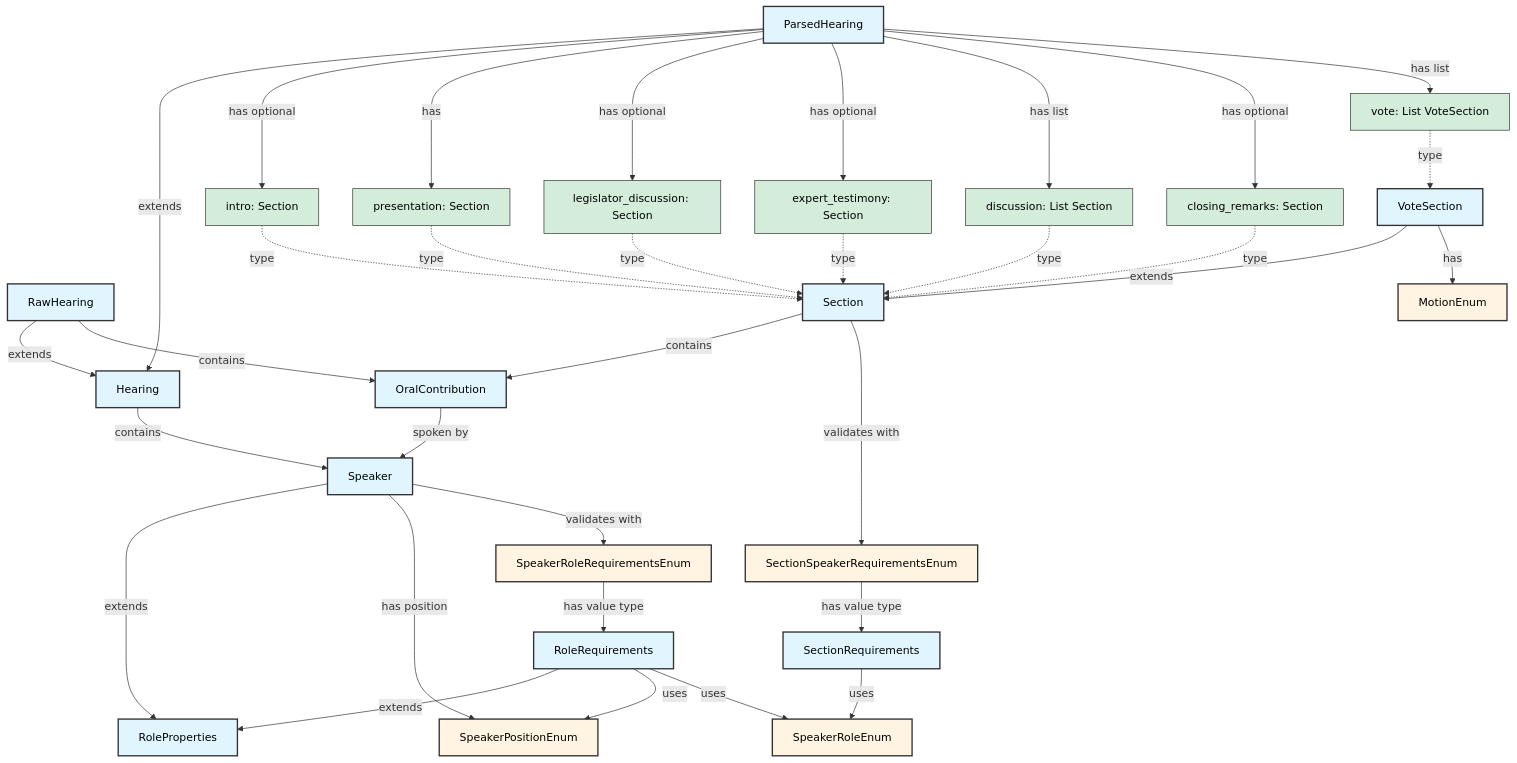
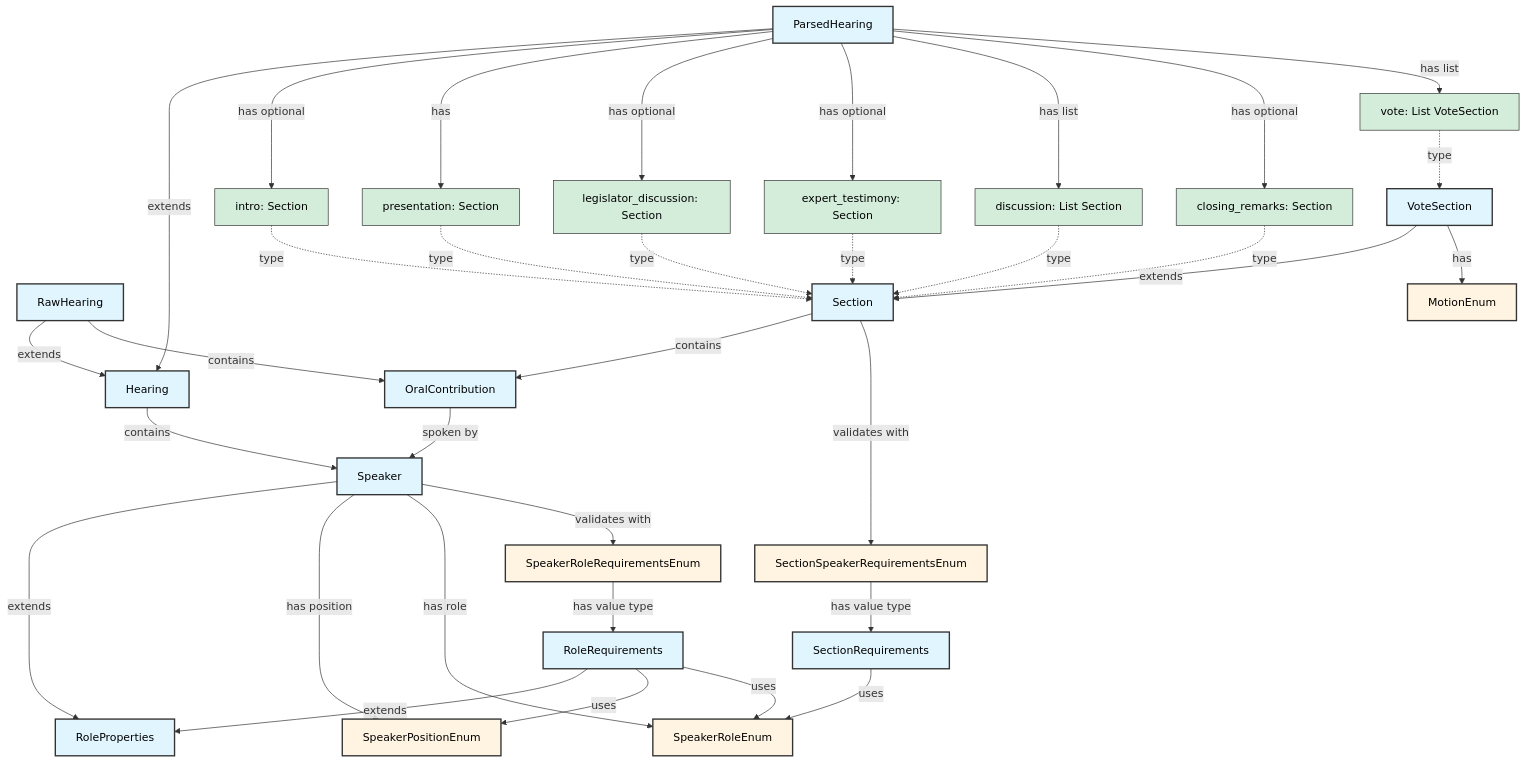
One commit to IsaacFigNewton/CommitteeHearingDiscourseParser changed the second of 2 diagrams in README.md. Above: the diagram before and after it, drawn with Mermaid. The commit also changed 2 other files, not shown here.

Commit message:
updated DATAMODEL.md and README.md
also switched Speaker from using SpeakerRoleRequirementsEnum to use SpeakerRoleEnum

```diff
--- a/README.md
+++ b/README.md
@@ -170,6 +170,7 @@
     %% Speaker relationships
     Speaker -->|extends| RoleProperties
     Speaker -->|has position| SpeakerPositionEnum
+    Speaker -->|has role| SpeakerRoleEnum
     Speaker -->|validates with| SpeakerRoleRequirementsEnum
 
     %% Role relationships
```
